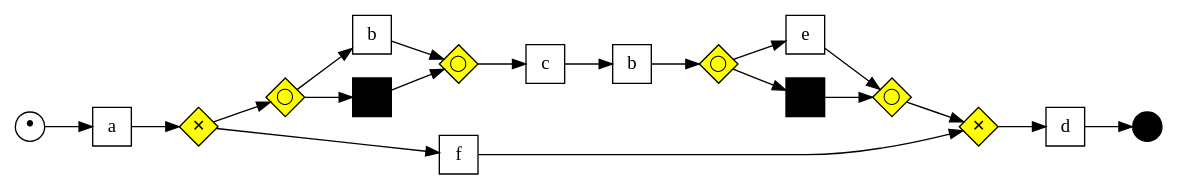
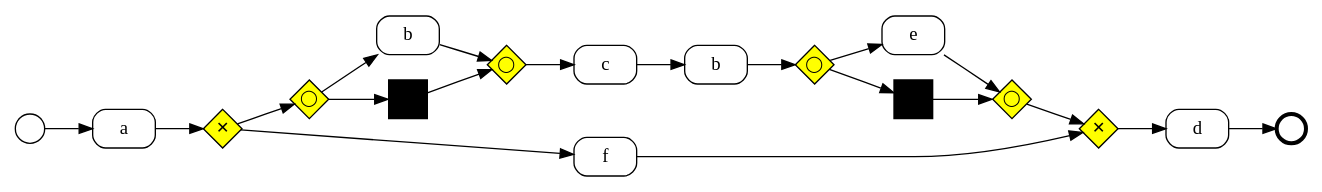
One commit to psm8/automated-business-process-discovery changed the diagram in PracaInzynierskaTex/examples/v4a6c5l5.csv_run-686_21_3_21_184242_35664_645567/graph.gv. Above: the diagram before and after it, drawn with Graphviz. The commit also changed 28 other files, not shown here.

```diff
--- a/PracaInzynierskaTex/examples/v4a6c5l5.csv_run-686_21_3_21_184242_35664_645567/graph.gv
+++ b/PracaInzynierskaTex/examples/v4a6c5l5.csv_run-686_21_3_21_184242_35664_645567/graph.gv
@@ -1,41 +1,43 @@
 digraph G {
   rankdir=LR;
+
   subgraph place {
     node [shape=circle,fixedsize=true,label="",height=.3,width=.3];
-    in [label="&bull;", fontsize=20];
-    out [style=filled,fillcolor=black];
+    in;
+    out[penwidth=3];
   }
   subgraph xorgate {
     node [shape=diamond,fixedsize=true,width=.4,height=.4,label=<&#x2715;>,fontsize=12,style=filled,fillcolor=yellow]
     x1;x2;
   }
   subgraph andgate {
   node [shape=diamond,fixedsize=true,width=.4,height=.4 label=<&#43;>,fontsize=20,style=filled,fillcolor=yellow]
   }
   subgraph optgate {
     node [shape=diamond,fixedsize=true,width=.4,height=.4,label=<&#9711;>,fontsize=12,style=filled,fillcolor=yellow]
     o1;o2;o3;o4;
   }
   subgraph transitions {
-    node [shape=rect,height=0.4,width=.4];
+    node [shape=Mrecord,height=0.4,width=.65];
     a; ba [label ="b"]; bb [label ="b"]; c; d; e; f
   }
   subgraph skip {
     node [shape=rect,label="",height=0.4,width=.4,style=filled,fillcolor=black];
     s1;s2;
   }
 
   # align horizontally
   {edge [weight=1]; a;d}
 
   in->a->x1;
   x1->o1->ba->o2;
   x1->f->x2;
   o2->c->bb->o3;
   o3->e->o4
   o3->s2->o4;
   o4->x2;
   o1->s1->o2;
   x2->d->out
   # align vertically
+  {rank=same; c;f}
 }
```
